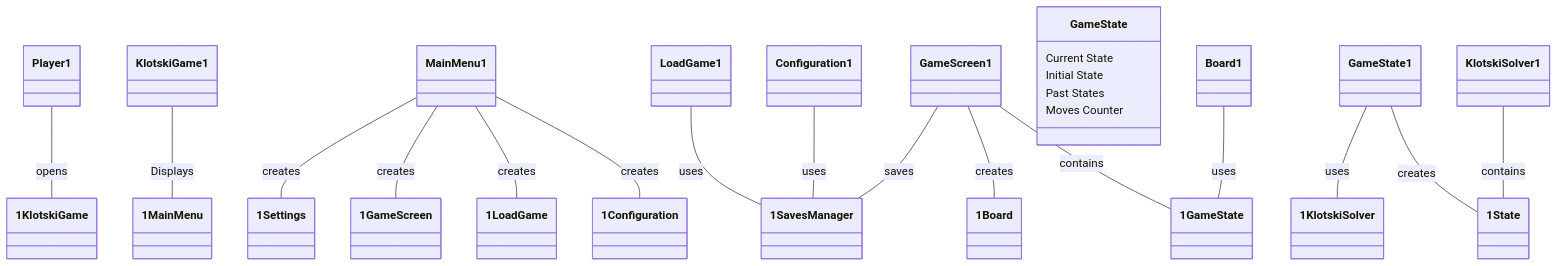
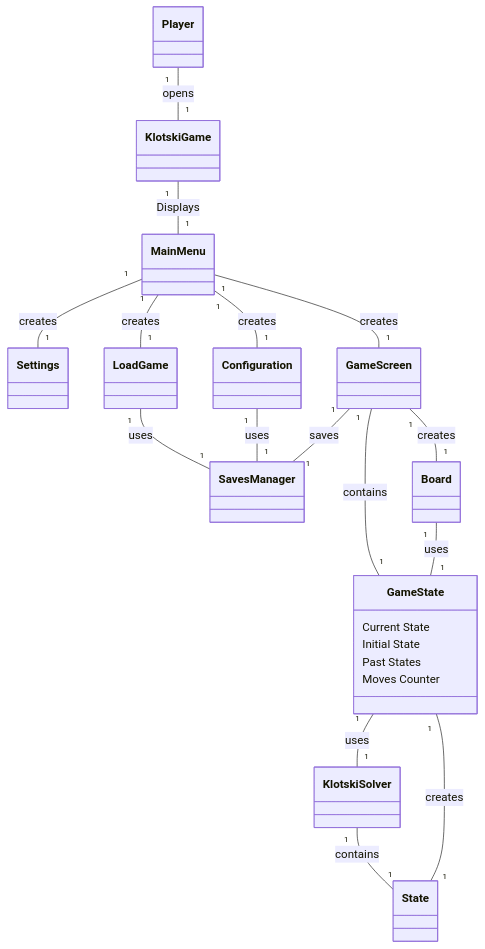
Before and after one commit to BIRSAx2/klotski: the diagram in docs/domain_model/index.md, drawn with Mermaid.

Commit message:
Added cardinalities in th domain model

````diff
--- a/docs/domain_model/index.md
+++ b/docs/domain_model/index.md
@@ -10,35 +10,34 @@
 ```mermaid
 classDiagram
-    Player 1--1 KlotskiGame: opens
+    Player "1"--"1" KlotskiGame: opens
     
-    KlotskiGame 1--1 MainMenu: Displays
+    KlotskiGame "1"--"1" MainMenu: Displays
     
 
-    MainMenu 1--1 Settings : creates
-    MainMenu 1--1 GameScreen : creates
-    MainMenu 1--1 LoadGame : creates
-    MainMenu 1--1 Configuration : creates
+    MainMenu "1"--"1" Settings : creates
+    MainMenu "1"--"1" GameScreen : creates
+    MainMenu "1"--"1" LoadGame : creates
+    MainMenu "1"--"1" Configuration : creates
         
-    LoadGame 1--1  SavesManager : uses
-    Configuration 1--1 SavesManager :uses
-    GameScreen 1--1 SavesManager : saves
+    LoadGame "1"--"1"  SavesManager : uses
+    Configuration "1"--"1" SavesManager :uses
+    GameScreen "1"--"1" SavesManager : saves
     
     
-    GameScreen 1--1 Board : creates
-    GameScreen 1--1 GameState: contains
+    GameScreen "1"--"1" Board : creates
+    GameScreen "1"--"1" GameState: contains
     
 
     GameState: Current State
     GameState: Initial State
     GameState: Past States
     GameState: Moves Counter
     
-    GameState 1--1 KlotskiSolver: uses
+    GameState "1"--"1" KlotskiSolver: uses
     
-    KlotskiSolver 1--1 State: contains
+    KlotskiSolver "1"--"1" State: contains
     
-    GameState 1--1 State: creates
+    GameState "1"--"1" State: creates
     
-    Board 1--1  GameState: uses
-
+    Board "1"--"1"  GameState: uses
 ```
````
